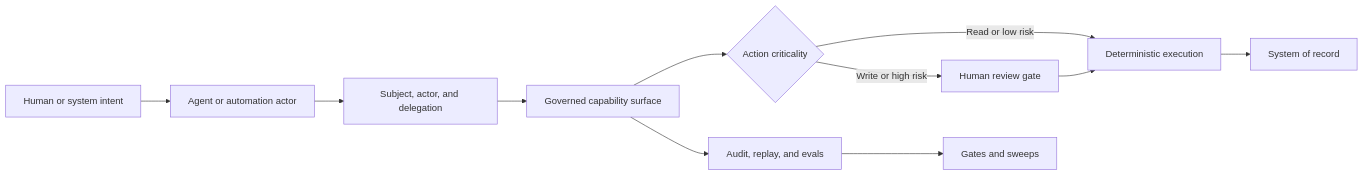
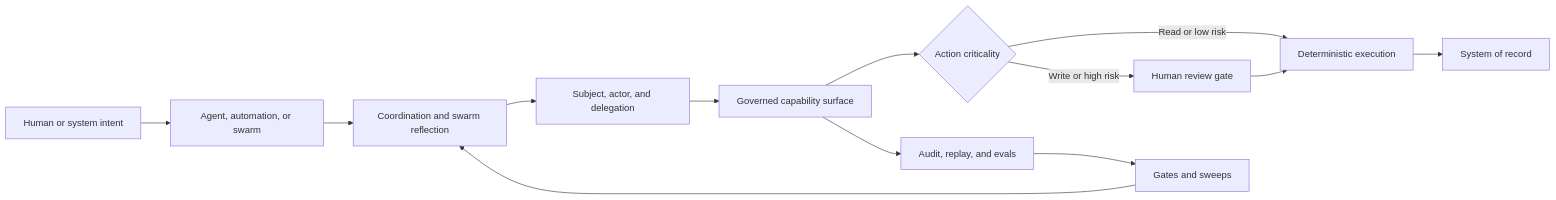
The diagram in r&d/Agent-Conference-2026/agent-conference-synthesis/06_distillation/agent-conference-2026-gemstone.md (PJensen-HMC/PJensen-HMC), drawn with Mermaid before and after one commit. The commit also changed other lines of this file, not shown here.

Commit message:
updated: swarm reflection point

````diff
--- a/r&d/Agent-Conference-2026/agent-conference-synthesis/06_distillation/agent-conference-2026-gemstone.md
+++ b/r&d/Agent-Conference-2026/agent-conference-synthesis/06_distillation/agent-conference-2026-gemstone.md
@@ -36,13 +36,15 @@
 ```mermaid
 flowchart LR
-    intent["Human or system intent"] --> actor["Agent or automation actor"]
-    actor --> identity["Subject, actor, and delegation"]
+    intent["Human or system intent"] --> actor["Agent, automation, or swarm"]
+    actor --> reflection["Coordination and swarm reflection"]
+    reflection --> identity["Subject, actor, and delegation"]
     identity --> capability["Governed capability surface"]
     capability --> criticality{"Action criticality"}
     criticality -->|Read or low risk| execute["Deterministic execution"]
     criticality -->|Write or high risk| review["Human review gate"]
     review --> execute
     execute --> system["System of record"]
     capability --> audit["Audit, replay, and evals"]
     audit --> sweeps["Gates and sweeps"]
+    sweeps --> reflection
 ```
````
